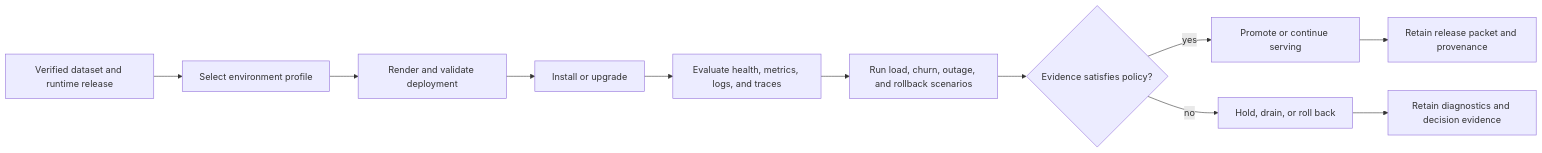
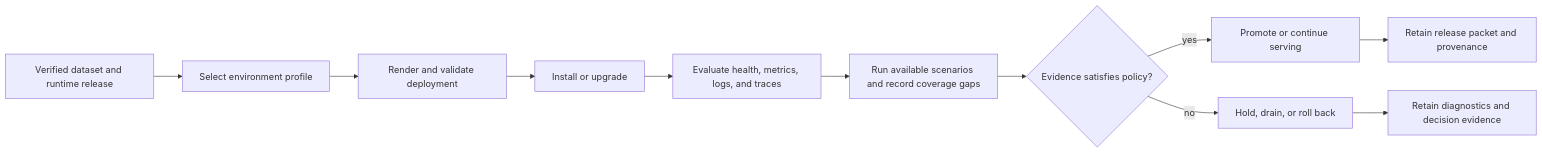
The first of 3 diagrams in docs/bijux-atlas-ops/index.md (bijux/bijux-atlas), drawn with Mermaid before and after one commit. The commit also changed other lines of this file and 2 other files, not shown here.

````diff
--- a/docs/bijux-atlas-ops/index.md
+++ b/docs/bijux-atlas-ops/index.md
@@ -19,13 +25,13 @@
 ```mermaid
 flowchart LR
     Release[Verified dataset and runtime release] --> Profile[Select environment profile]
     Profile --> Render[Render and validate deployment]
     Render --> Install[Install or upgrade]
     Install --> Observe[Evaluate health, metrics, logs, and traces]
-    Observe --> Exercise[Run load, churn, outage, and rollback scenarios]
+    Observe --> Exercise[Run available scenarios and record coverage gaps]
     Exercise --> Decide{Evidence satisfies policy?}
     Decide -->|yes| Promote[Promote or continue serving]
     Decide -->|no| Hold[Hold, drain, or roll back]
     Promote --> Packet[Retain release packet and provenance]
     Hold --> Incident[Retain diagnostics and decision evidence]
 ```
````
